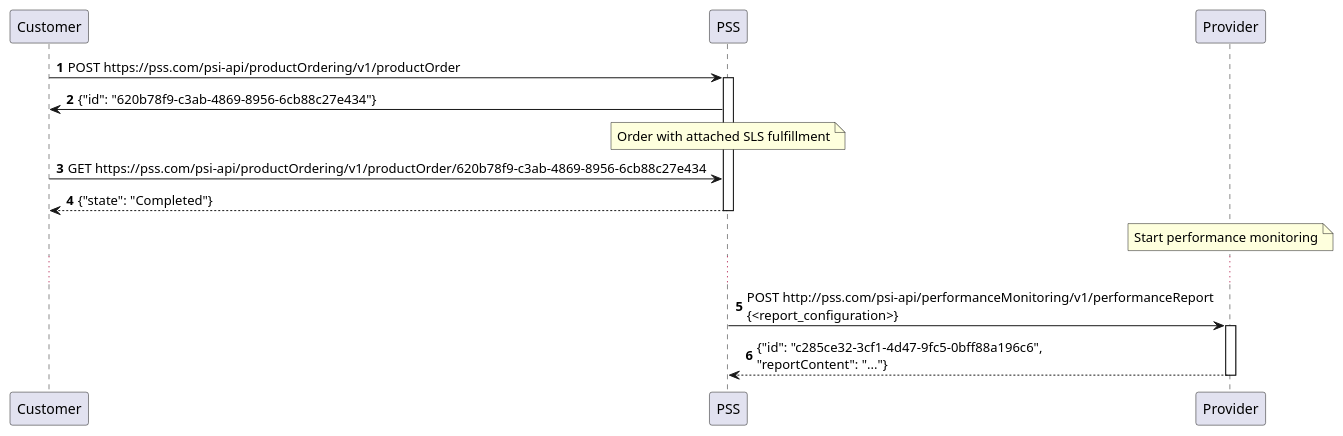
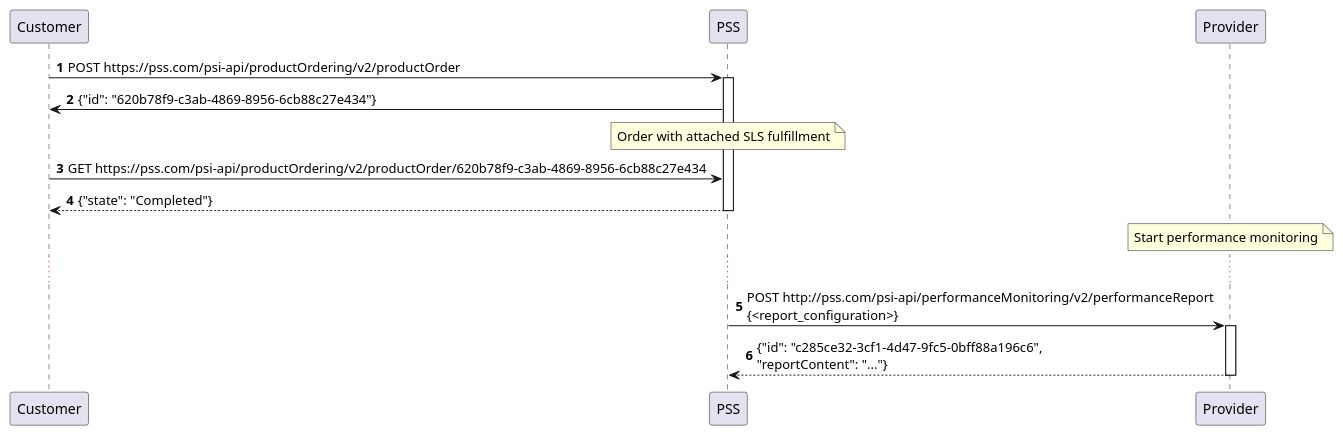
Before and after one commit to psi-consortium/psi: the first of 2 diagrams in doc/PSI/PSI-TOD/tasks/TOD-06-05-Performance_Monitoring_Report_Management.md, drawn with PlantUML. The commit also changed 1093 other files, not shown here.

````diff
--- a/doc/PSI/PSI-TOD/tasks/TOD-06-05-Performance_Monitoring_Report_Management.md
+++ b/doc/PSI/PSI-TOD/tasks/TOD-06-05-Performance_Monitoring_Report_Management.md
@@ -15,21 +15,21 @@
 ```plantuml
 @startuml
 participant Customer
 participant PSS
 participant Provider as PVD
 
 autonumber
 
-Customer -> PSS ++: POST https://pss.com/psi-api/productOrdering/v1/productOrder
+Customer -> PSS ++: POST https://pss.com/psi-api/productOrdering/v2/productOrder
 PSS -> Customer: {"id": "620b78f9-c3ab-4869-8956-6cb88c27e434"}
 note over PSS: Order with attached SLS fulfillment
-Customer -> PSS: GET https://pss.com/psi-api/productOrdering/v1/productOrder/620b78f9-c3ab-4869-8956-6cb88c27e434
+Customer -> PSS: GET https://pss.com/psi-api/productOrdering/v2/productOrder/620b78f9-c3ab-4869-8956-6cb88c27e434
 return {"state": "Completed"}
 
 note over PVD: Start performance monitoring
 ...
-PSS -> PVD ++ : POST http://pss.com/psi-api/performanceMonitoring/v1/performanceReport\n{<report_configuration>}
+PSS -> PVD ++ : POST http://pss.com/psi-api/performanceMonitoring/v2/performanceReport\n{<report_configuration>}
 return {"id": "c285ce32-3cf1-4d47-9fc5-0bff88a196c6",\n"reportContent": "..."}
 
 @enduml
 ```
````
